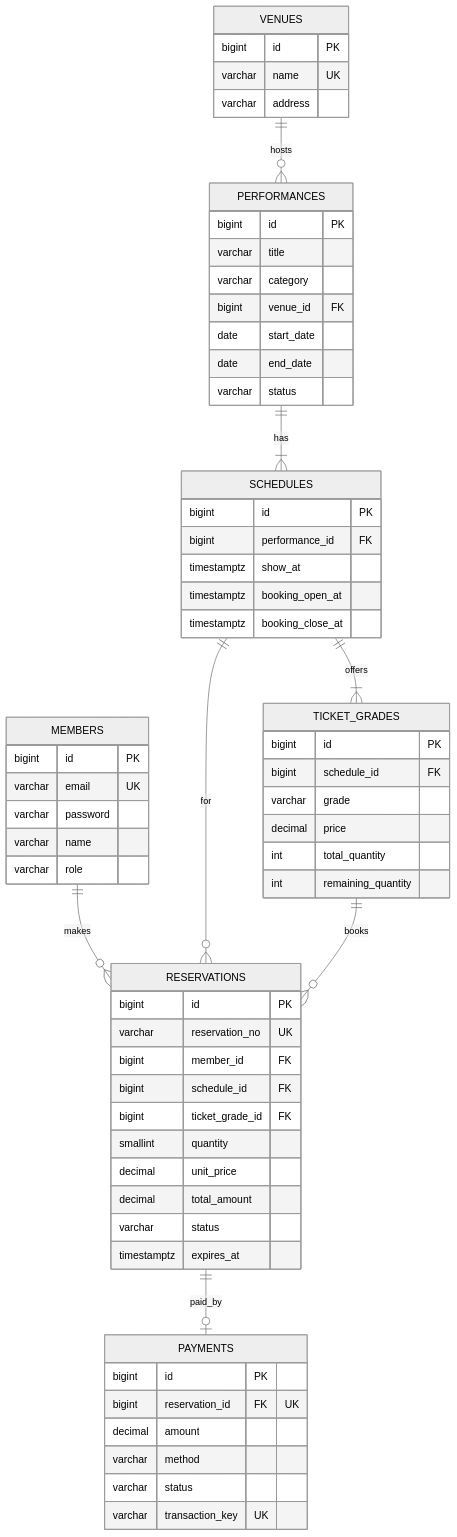
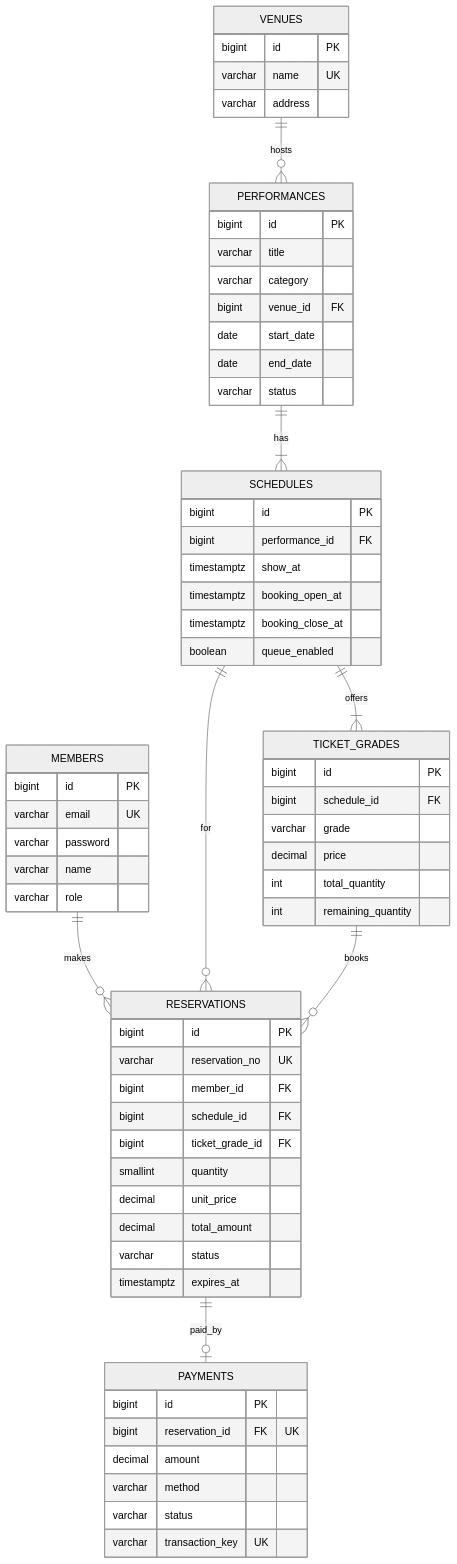
The first of 2 diagrams in docs/ERD.md (flyingRKO/TIKKIT), drawn with Mermaid (neutral theme) before and after one commit. The commit also changed other lines of this file and 3 other files, not shown here.

First line of the commit message:
✨ feat: schedules.queue_enabled 컬럼 추가 (V8, Task 031)

````diff
--- a/docs/ERD.md
+++ b/docs/ERD.md
@@ -112,67 +113,68 @@
 ```mermaid
 erDiagram
     VENUES ||--o{ PERFORMANCES : hosts
     MEMBERS ||--o{ RESERVATIONS : makes
     PERFORMANCES ||--|{ SCHEDULES : has
     SCHEDULES ||--|{ TICKET_GRADES : offers
     SCHEDULES ||--o{ RESERVATIONS : for
     TICKET_GRADES ||--o{ RESERVATIONS : books
     RESERVATIONS ||--o| PAYMENTS : paid_by
 
     VENUES {
         bigint id PK
         varchar name UK
         varchar address
     }
     MEMBERS {
         bigint id PK
         varchar email UK
         varchar password
         varchar name
         varchar role
     }
     PERFORMANCES {
         bigint id PK
         varchar title
         varchar category
         bigint venue_id FK
         date start_date
         date end_date
         varchar status
     }
     SCHEDULES {
         bigint id PK
         bigint performance_id FK
         timestamptz show_at
         timestamptz booking_open_at
         timestamptz booking_close_at
+        boolean queue_enabled
     }
     TICKET_GRADES {
         bigint id PK
         bigint schedule_id FK
         varchar grade
         decimal price
         int total_quantity
         int remaining_quantity
     }
     RESERVATIONS {
         bigint id PK
         varchar reservation_no UK
         bigint member_id FK
         bigint schedule_id FK
         bigint ticket_grade_id FK
         smallint quantity
         decimal unit_price
         decimal total_amount
         varchar status
         timestamptz expires_at
     }
     PAYMENTS {
         bigint id PK
         bigint reservation_id FK "UK"
         decimal amount
         varchar method
         varchar status
         varchar transaction_key UK
     }
 ```
````
